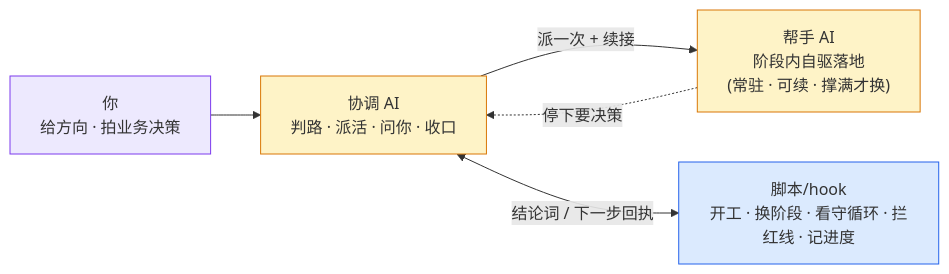
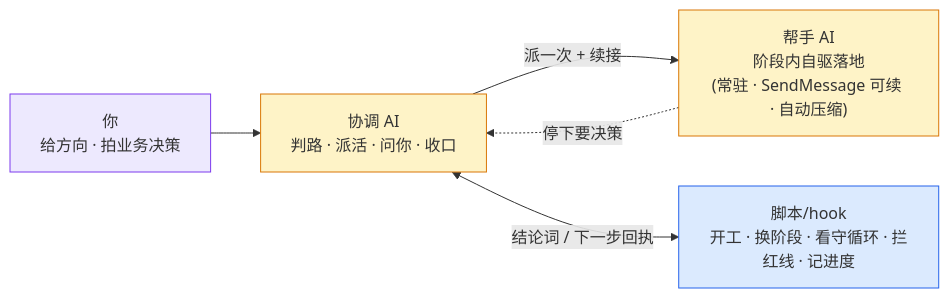
The fifth of 9 diagrams in plugin2/OVERVIEW.md (chancheuklap/multi-model-workflow), drawn with Mermaid before and after one commit. The commit also changed other lines of this file and 1 other file, not shown here.

First line of the commit message:
docs(plugin2): 清掉'换帮手/撑满才换'残留漂移 + SKILL 措辞对齐

````diff
--- a/plugin2/OVERVIEW.md
+++ b/plugin2/OVERVIEW.md
@@ -207,16 +207,16 @@
 ```mermaid
 flowchart LR
     U["你<br/>给方向 · 拍业务决策"]:::p
     C["协调 AI<br/>判路 · 派活 · 问你 · 收口"]:::ai
-    W["帮手 AI<br/>阶段内自驱落地<br/>(常驻 · 可续 · 撑满才换)"]:::ai
+    W["帮手 AI<br/>阶段内自驱落地<br/>(常驻 · SendMessage 可续 · 自动压缩)"]:::ai
     K["脚本/hook<br/>开工 · 换阶段 · 看守循环 · 拦红线 · 记进度"]:::sh
 
     U --> C
     C -->|"派一次 + 续接"| W
     W -.->|"停下要决策"| C
     C <-->|"结论词 / 下一步回执"| K
 
     classDef p fill:#ede9fe,stroke:#7c3aed
     classDef ai fill:#fef3c7,stroke:#d97706
     classDef sh fill:#dbeafe,stroke:#2563eb
 ```
````
